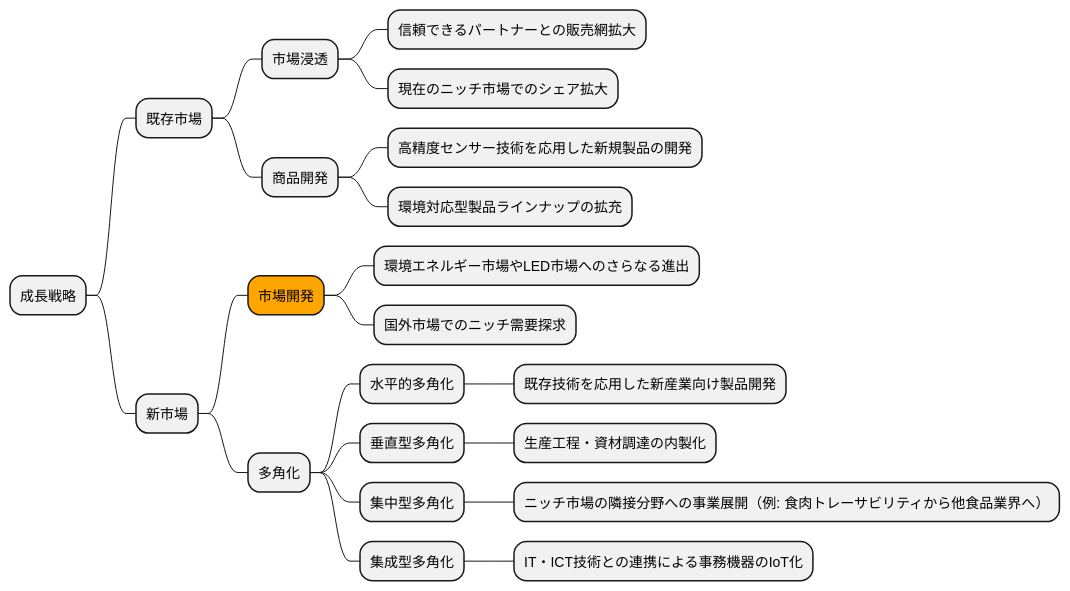
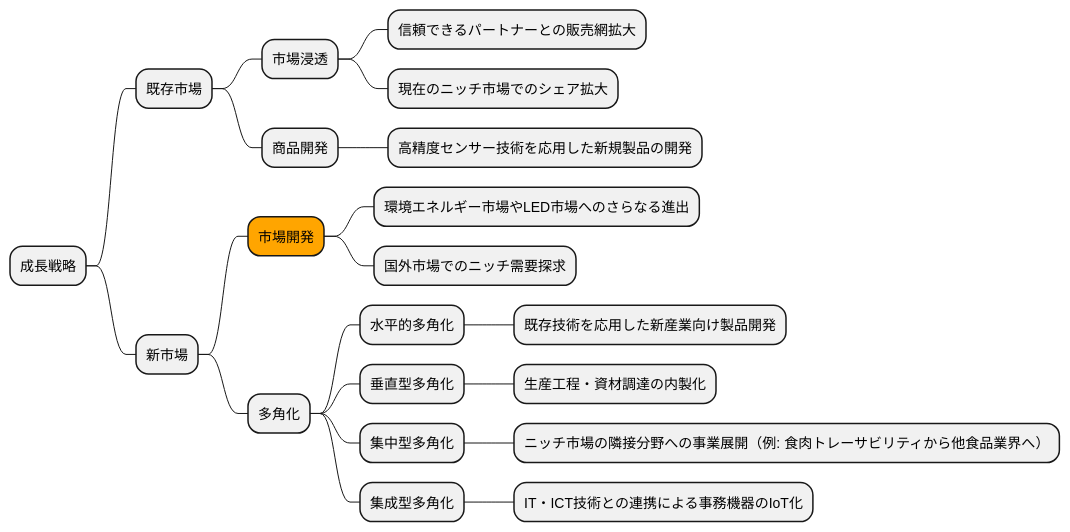
The sixth of 19 diagrams in docs/case/h30_case_1.adoc (k2works/case-sutudy-business-analysis), drawn with PlantUML before and after one commit. The commit also changed other lines of this file, not shown here.

```diff
--- a/docs/case/h30_case_1.adoc
+++ b/docs/case/h30_case_1.adoc
@@ -225,28 +225,27 @@
 [plantuml]
 ----
 @startmindmap
 
 * 成長戦略
 ** 既存市場
 *** 市場浸透
 **** 信頼できるパートナーとの販売網拡大
 **** 現在のニッチ市場でのシェア拡大
 *** 商品開発
 **** 高精度センサー技術を応用した新規製品の開発
-**** 環境対応型製品ラインナップの拡充
 ** 新市場
 ***[#orange] 市場開発
 **** 環境エネルギー市場やLED市場へのさらなる進出
 **** 国外市場でのニッチ需要探求
 *** 多角化
 **** 水平的多角化
 ***** 既存技術を応用した新産業向け製品開発
 **** 垂直型多角化
 ***** 生産工程・資材調達の内製化
 **** 集中型多角化
 ***** ニッチ市場の隣接分野への事業展開（例: 食肉トレーサビリティから他食品業界へ）
 **** 集成型多角化
 ***** IT・ICT技術との連携による事務機器のIoT化
 
 @endmindmap
 ----
```
